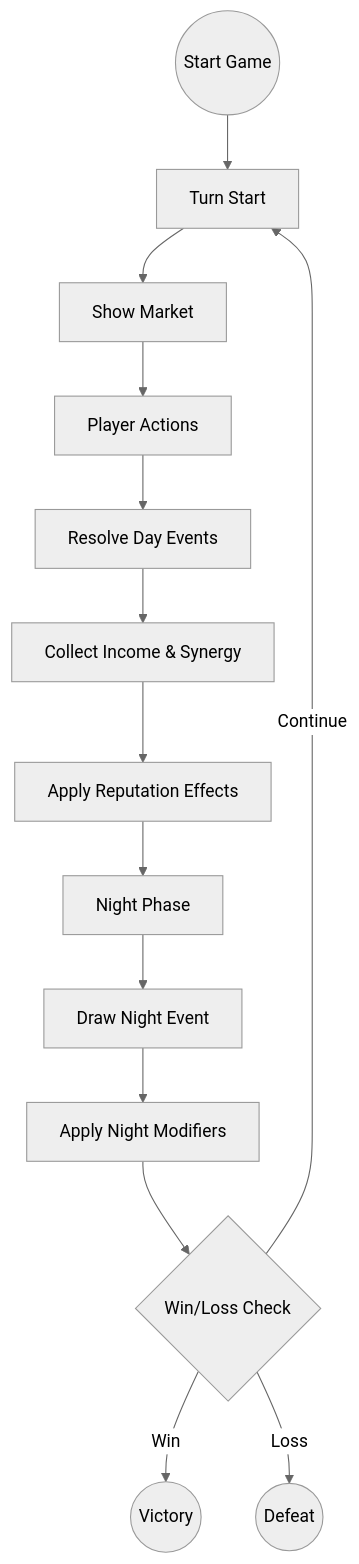
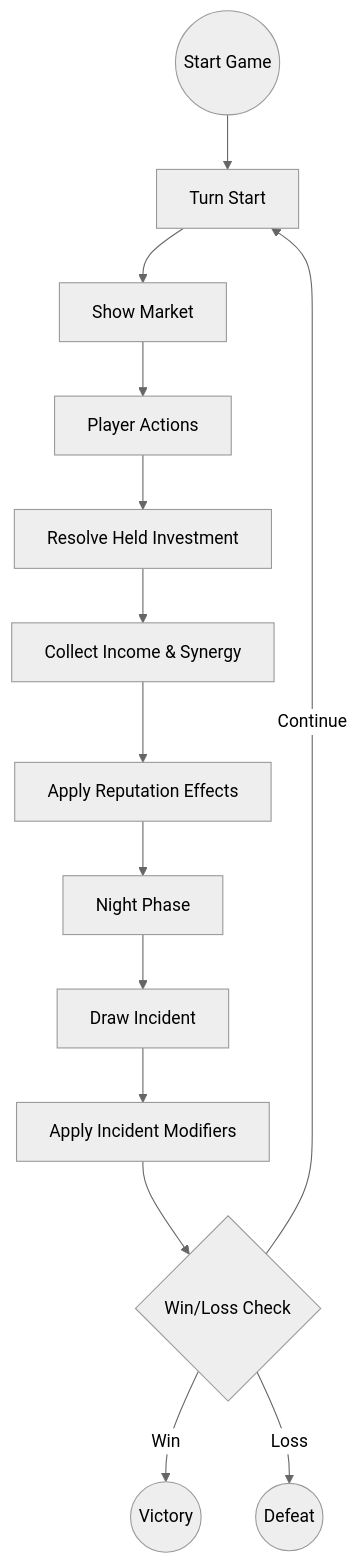
Before and after one commit to TheWizardsCode/Tableau-Card-Engine: the second of 2 diagrams in docs/main-street/core-rules-and-mechanics.md, drawn with Mermaid (neutral theme). The commit also changed other lines of this file and 3 other files, not shown here.

First line of the commit message:
CG-0MM8PGKBO06SDD6V: Update design docs for Investment/Incident terminology

````diff
--- a/docs/main-street/core-rules-and-mechanics.md
+++ b/docs/main-street/core-rules-and-mechanics.md
@@ -228,16 +230,16 @@
 ```mermaid
 flowchart TD
     Start((Start Game)) --> TurnStart[Turn Start]
     TurnStart --> Market[Show Market]
     Market --> Actions[Player Actions]
-    Actions --> ResolveEvents[Resolve Day Events]
-    ResolveEvents --> Income[Collect Income & Synergy]
+    Actions --> ResolveInvestment[Resolve Held Investment]
+    ResolveInvestment --> Income[Collect Income & Synergy]
     Income --> Reputation[Apply Reputation Effects]
     Reputation --> NightStart[Night Phase]
-    NightStart --> NightEvent[Draw Night Event]
-    NightEvent --> NightIncome[Apply Night Modifiers]
+    NightStart --> DrawIncident[Draw Incident]
+    DrawIncident --> NightIncome[Apply Incident Modifiers]
     NightIncome --> EndCheck{Win/Loss Check}
     EndCheck -->|Win| EndWin((Victory))
     EndCheck -->|Loss| EndLoss((Defeat))
     EndCheck -->|Continue| TurnStart
 ```
````
